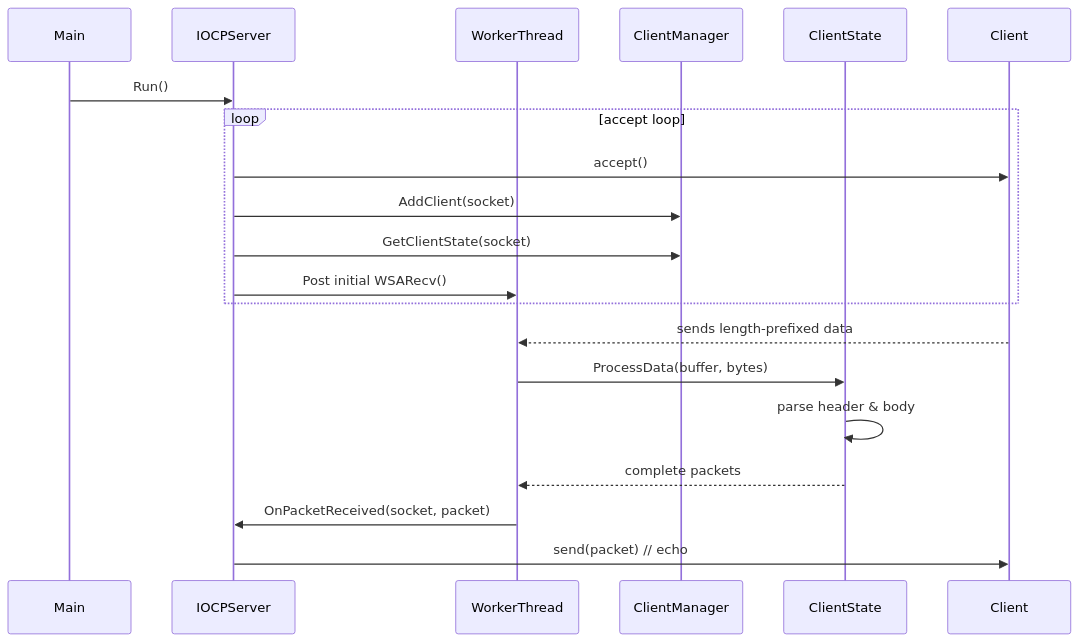
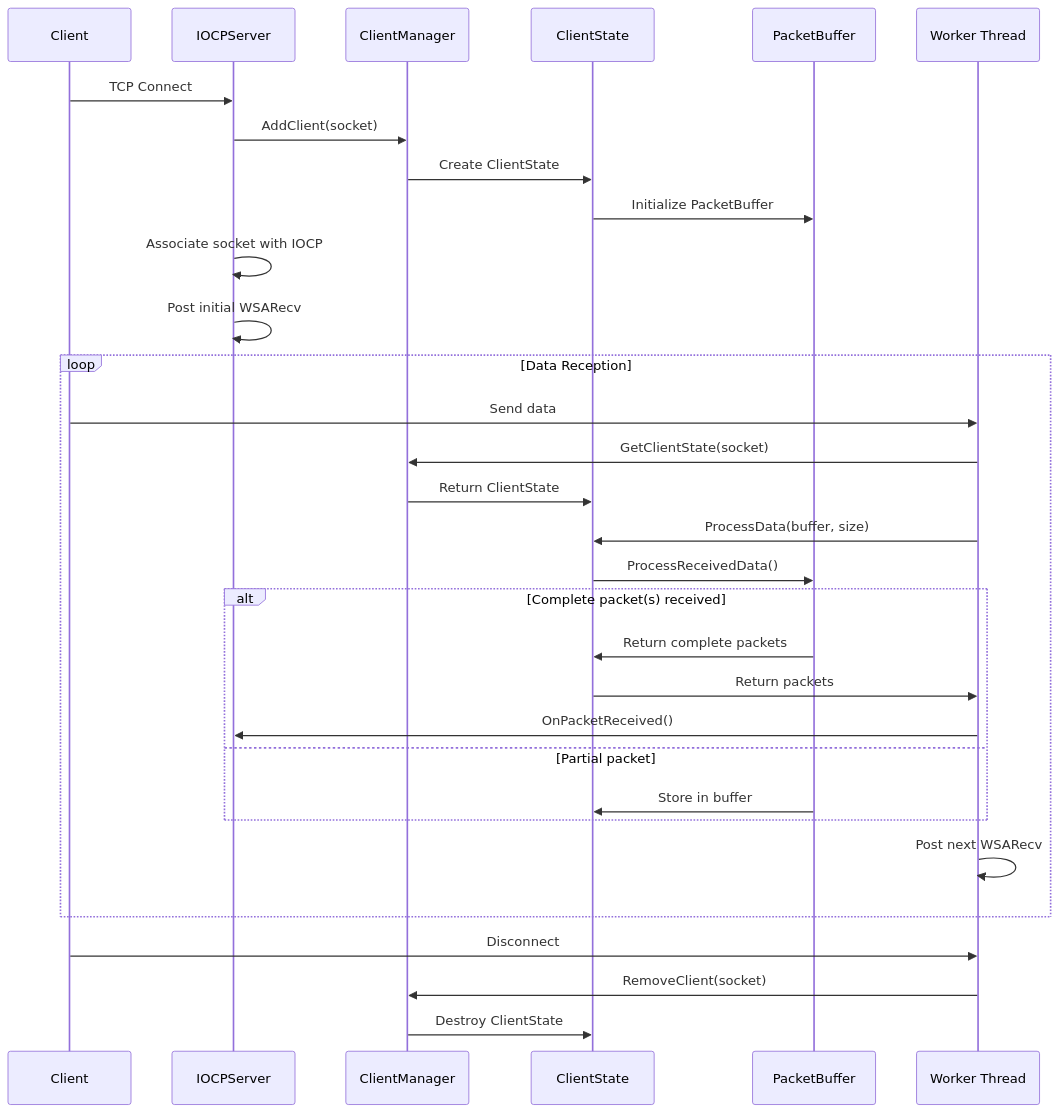
The fourth of 6 diagrams in c++/iocp/readme.md (Glanceman/Project-based-learning), drawn with Mermaid before and after one commit. The commit also changed other lines of this file and 5 other files, not shown here.

````diff
--- a/c++/iocp/readme.md
+++ b/c++/iocp/readme.md
@@ -88,24 +126,38 @@
 ```mermaid
 sequenceDiagram
-    participant Main
-    participant IOCPServer
-    participant WorkerThread
-    participant ClientManager
-    participant ClientState
-    participant Client
-
-    Main->>IOCPServer: Run()
-    loop accept loop
-        IOCPServer->>Client: accept()
-        IOCPServer->>ClientManager: AddClient(socket)
-        IOCPServer->>ClientManager: GetClientState(socket)
-        IOCPServer->>WorkerThread: Post initial WSARecv()
+    participant C as Client
+    participant S as IOCPServer
+    participant CM as ClientManager
+    participant CS as ClientState
+    participant PB as PacketBuffer
+    participant WT as Worker Thread
+    
+    C->>S: TCP Connect
+    S->>CM: AddClient(socket)
+    CM->>CS: Create ClientState
+    CS->>PB: Initialize PacketBuffer
+    S->>S: Associate socket with IOCP
+    S->>S: Post initial WSARecv
+    
+    loop Data Reception
+        C->>WT: Send data
+        WT->>CM: GetClientState(socket)
+        CM->>CS: Return ClientState
+        WT->>CS: ProcessData(buffer, size)
+        CS->>PB: ProcessReceivedData()
+        
+        alt Complete packet(s) received
+            PB->>CS: Return complete packets
+            CS->>WT: Return packets
+            WT->>S: OnPacketReceived()
+        else Partial packet
+            PB->>CS: Store in buffer
+        end
+        
+        WT->>WT: Post next WSARecv
     end
-
-    Client-->>WorkerThread: sends length-prefixed data
-    WorkerThread->>ClientState: ProcessData(buffer, bytes)
-    ClientState->>ClientState: parse header & body
-    ClientState-->>WorkerThread: complete packets
-    WorkerThread->>IOCPServer: OnPacketReceived(socket, packet)
-    IOCPServer->>Client: send(packet)  // echo
+    
+    C->>WT: Disconnect
+    WT->>CM: RemoveClient(socket)
+    CM->>CS: Destroy ClientState
 ```
````
